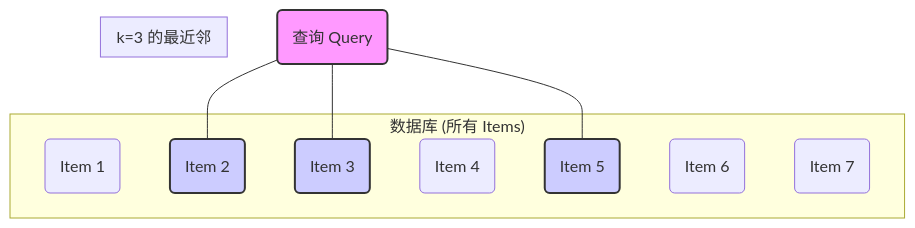
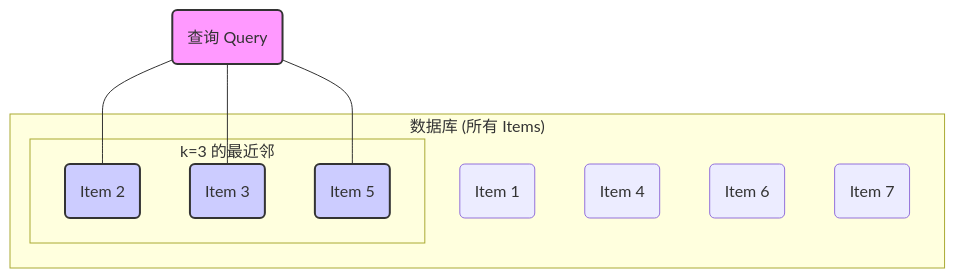
Before and after one commit to digoal/blog: the first of 8 diagrams in 202506/20250629_02.md, drawn with Mermaid.

````diff
--- a/202506/20250629_02.md
+++ b/202506/20250629_02.md
@@ -57,29 +57,29 @@
 ```mermaid
 graph TD
     subgraph "数据库 (所有 Items)"
         I1(Item 1)
         I2(Item 2)
         I3(Item 3)
         I4(Item 4)
         I5(Item 5)
         I6(Item 6)
         I7(Item 7)
+
+        subgraph "k=3 的最近邻"
+          I2
+          I3
+          I5
+        end
     end
 
     Q(查询 Query)
-
-    subgraph "k=3 的最近邻"
-        I2
-        I3
-        I5
-    end
 
     Q --- I2
     Q --- I3
     Q --- I5
 
     style Q fill:#f9f,stroke:#333,stroke-width:2px
     style I2 fill:#ccf,stroke:#333,stroke-width:2px
     style I3 fill:#ccf,stroke:#333,stroke-width:2px
     style I5 fill:#ccf,stroke:#333,stroke-width:2px
 ```
````
